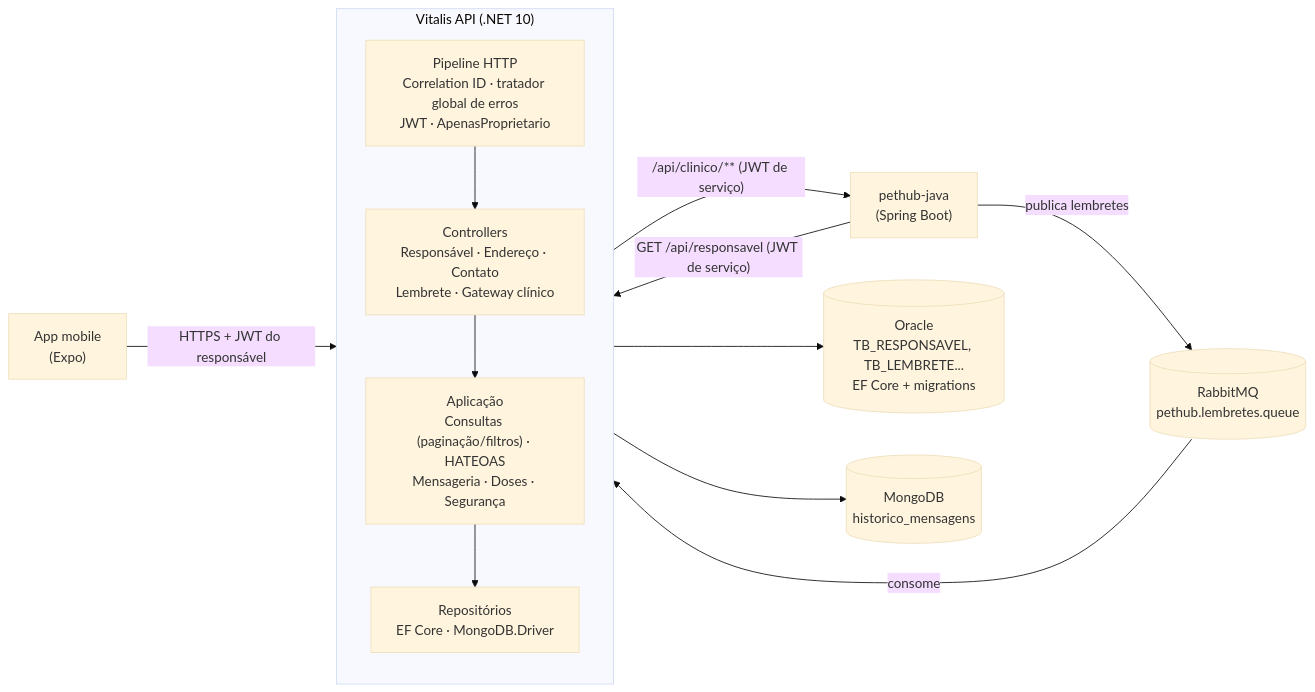
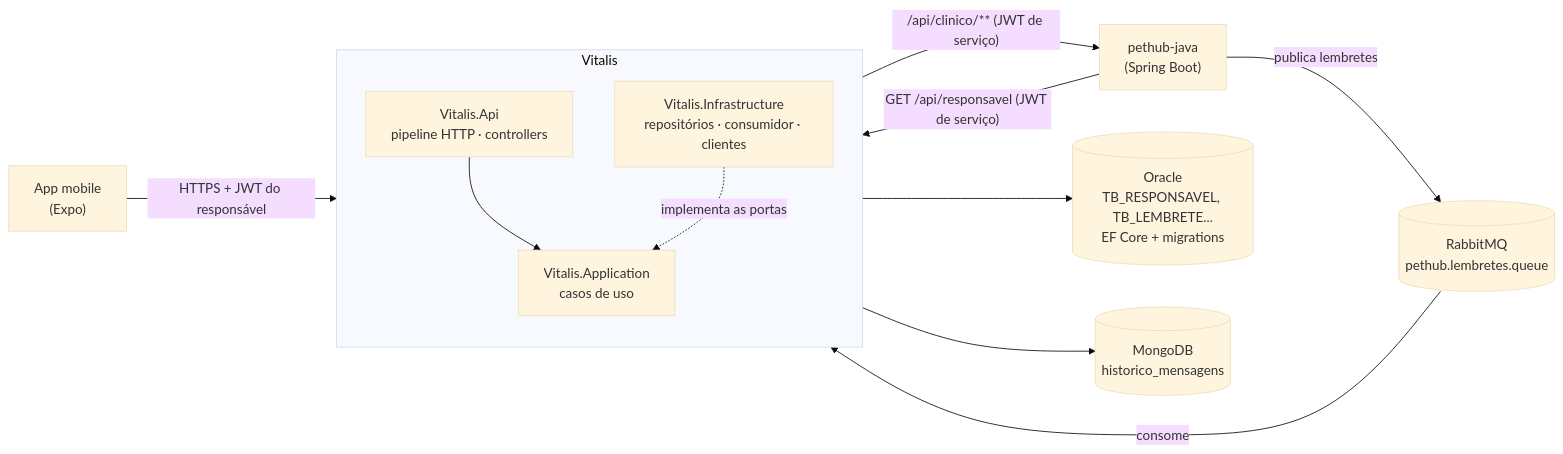
The second of 4 diagrams in README.md (vitalis-sa/pethub-dotnet), drawn with Mermaid (base theme) before and after one commit. The commit also changed other lines of this file and 183 other files, not shown here.

````diff
--- a/README.md
+++ b/README.md
@@ -83,26 +159,26 @@
 ```mermaid
 flowchart LR
     App["App mobile<br/>(Expo)"]
 
-    subgraph Vitalis["Vitalis API (.NET 10)"]
+    subgraph Vitalis["Vitalis"]
         direction TB
-        MW["Pipeline HTTP<br/>Correlation ID · tratador global de erros<br/>JWT · ApenasProprietario"]
-        CTRL["Controllers<br/>Responsável · Endereço · Contato<br/>Lembrete · Gateway clínico"]
-        APL["Aplicação<br/>Consultas (paginação/filtros) · HATEOAS<br/>Mensageria · Doses · Segurança"]
-        REPO["Repositórios<br/>EF Core · MongoDB.Driver"]
-        MW --> CTRL --> APL --> REPO
+        API["Vitalis.Api<br/>pipeline HTTP · controllers"]
+        APL["Vitalis.Application<br/>casos de uso"]
+        INF["Vitalis.Infrastructure<br/>repositórios · consumidor · clientes"]
+        API --> APL
+        INF -. implementa as portas .-> APL
     end
 
     Java["pethub-java<br/>(Spring Boot)"]
     Rabbit[("RabbitMQ<br/>pethub.lembretes.queue")]
     Oracle[("Oracle<br/>TB_RESPONSAVEL, TB_LEMBRETE...<br/>EF Core + migrations")]
     Mongo[("MongoDB<br/>historico_mensagens")]
 
-    App -- "HTTPS + JWT do responsável" --> MW
-    CTRL -- "/api/clinico/** (JWT de serviço)" --> Java
-    Java -- "GET /api/responsavel (JWT de serviço)" --> MW
+    App -- "HTTPS + JWT do responsável" --> API
+    INF -- "/api/clinico/** (JWT de serviço)" --> Java
+    Java -- "GET /api/responsavel (JWT de serviço)" --> API
     Java -- "publica lembretes" --> Rabbit
-    Rabbit -- "consome" --> APL
-    REPO --> Oracle
-    REPO --> Mongo
+    Rabbit -- "consome" --> INF
+    INF --> Oracle
+    INF --> Mongo
 ```
````
